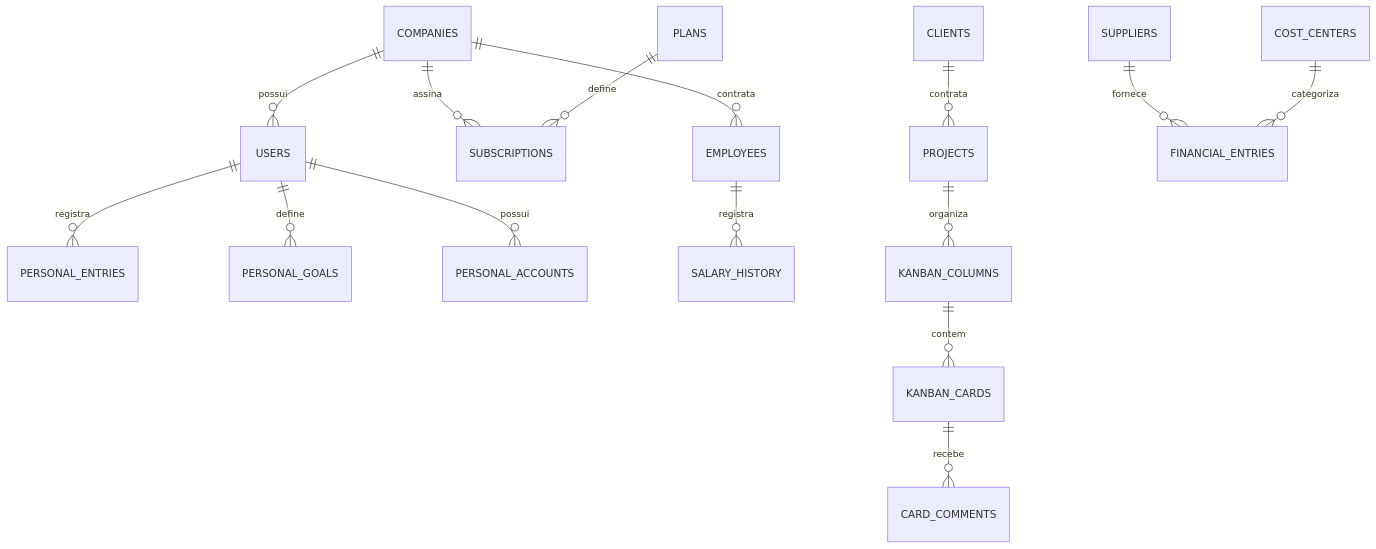
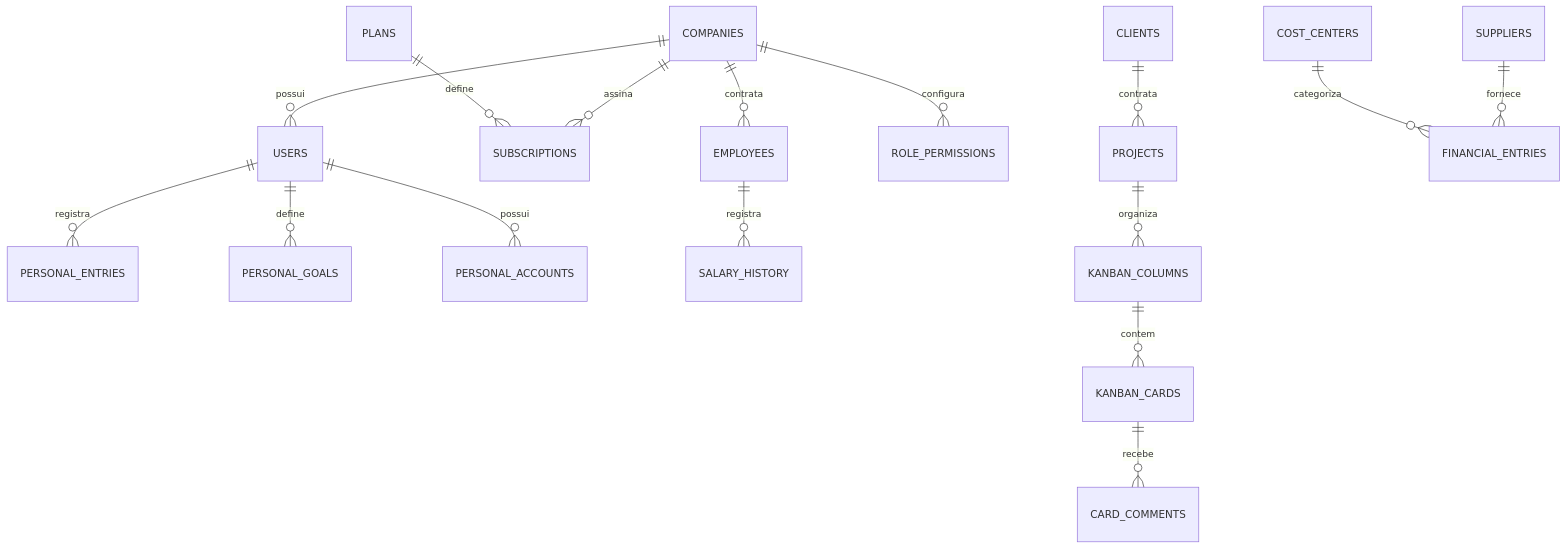
One commit to C-Bucher/Teste changed the second of 2 diagrams in docs/arquitetura.md. Above: the diagram before and after it, drawn with Mermaid. The commit also changed other lines of this file, not shown here.

````diff
--- a/docs/arquitetura.md
+++ b/docs/arquitetura.md
@@ -59,21 +62,22 @@
 ```mermaid
 erDiagram
     COMPANIES ||--o{ USERS : possui
     COMPANIES ||--o{ SUBSCRIPTIONS : assina
     COMPANIES ||--o{ EMPLOYEES : contrata
+    COMPANIES ||--o{ ROLE_PERMISSIONS : configura
     PLANS ||--o{ SUBSCRIPTIONS : define
     
     USERS ||--o{ PERSONAL_ENTRIES : registra
     USERS ||--o{ PERSONAL_GOALS : define
     USERS ||--o{ PERSONAL_ACCOUNTS : possui
     
     EMPLOYEES ||--o{ SALARY_HISTORY : registra
     
     CLIENTS ||--o{ PROJECTS : contrata
     PROJECTS ||--o{ KANBAN_COLUMNS : organiza
     KANBAN_COLUMNS ||--o{ KANBAN_CARDS : contem
     KANBAN_CARDS ||--o{ CARD_COMMENTS : recebe
     
     SUPPLIERS ||--o{ FINANCIAL_ENTRIES : fornece
     COST_CENTERS ||--o{ FINANCIAL_ENTRIES : categoriza
 ```
````
